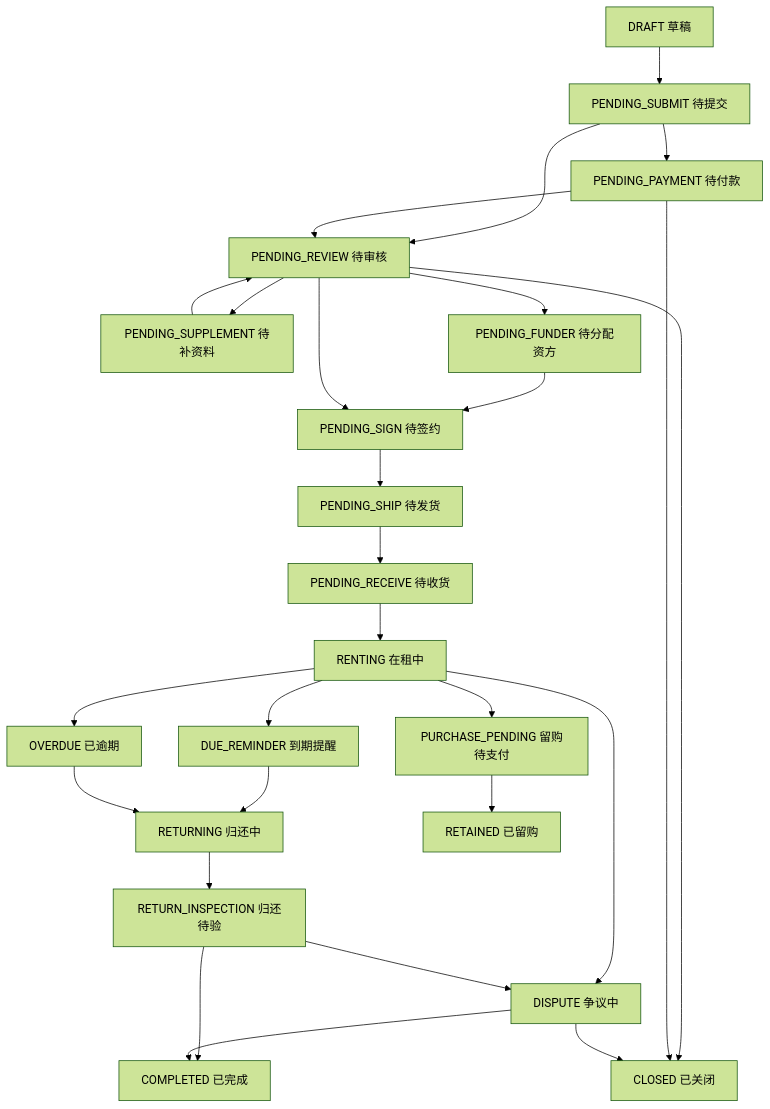
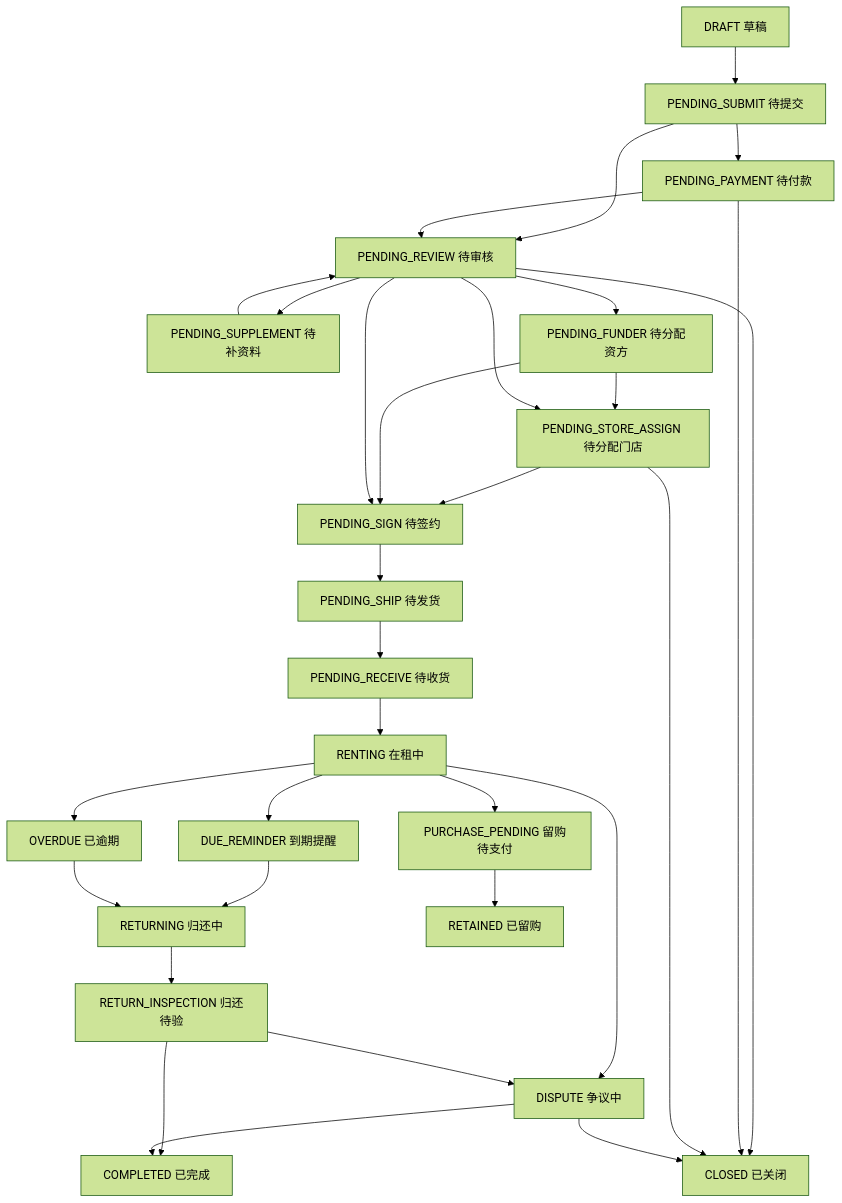
Before and after one commit to joezjyan-bot/mandian-prd: the first of 2 diagrams in PRD/V0.2/modules/全局/02_状态字典与订单状态机.md, drawn with Mermaid (forest theme). The commit also changed other lines of this file, not shown here.

Commit message:
refactor(V0.2/全局): 状态字典同步平台订单门店分配 — §3.1 新增 PENDING_STORE_ASSIGN/§5.1 流转图分支/§4 差异表新增门店分配维度/§6.12 字段表

````diff
--- a/PRD/V0.2/modules/全局/02_状态字典与订单状态机.md
+++ b/PRD/V0.2/modules/全局/02_状态字典与订单状态机.md
@@ -109,29 +121,33 @@
 ```mermaid
 flowchart TD
     A["DRAFT 草稿"] --> B["PENDING_SUBMIT 待提交"]
     B --> C["PENDING_PAYMENT 待付款"]
     B --> D["PENDING_REVIEW 待审核"]
     C --> D
     D --> E["PENDING_SUPPLEMENT 待补资料"]
     E --> D
     D --> F["PENDING_FUNDER 待分配资方"]
-    F --> G["PENDING_SIGN 待签约"]
+    F --> SA["PENDING_STORE_ASSIGN 待分配门店"]
+    D --> SA
+    SA --> G["PENDING_SIGN 待签约"]
+    F --> G
     D --> G
     G --> H["PENDING_SHIP 待发货"]
     H --> I["PENDING_RECEIVE 待收货"]
     I --> J["RENTING 在租中"]
     J --> K["DUE_REMINDER 到期提醒"]
     J --> L["OVERDUE 已逾期"]
     K --> M["RETURNING 归还中"]
     L --> M
     M --> N["RETURN_INSPECTION 归还待验"]
     N --> O["COMPLETED 已完成"]
     J --> P["PURCHASE_PENDING 留购待支付"]
     P --> Q["RETAINED 已留购"]
     D --> R["CLOSED 已关闭"]
     C --> R
+    SA --> R
     J --> S["DISPUTE 争议中"]
     N --> S
     S --> O
     S --> R
 ```
````
